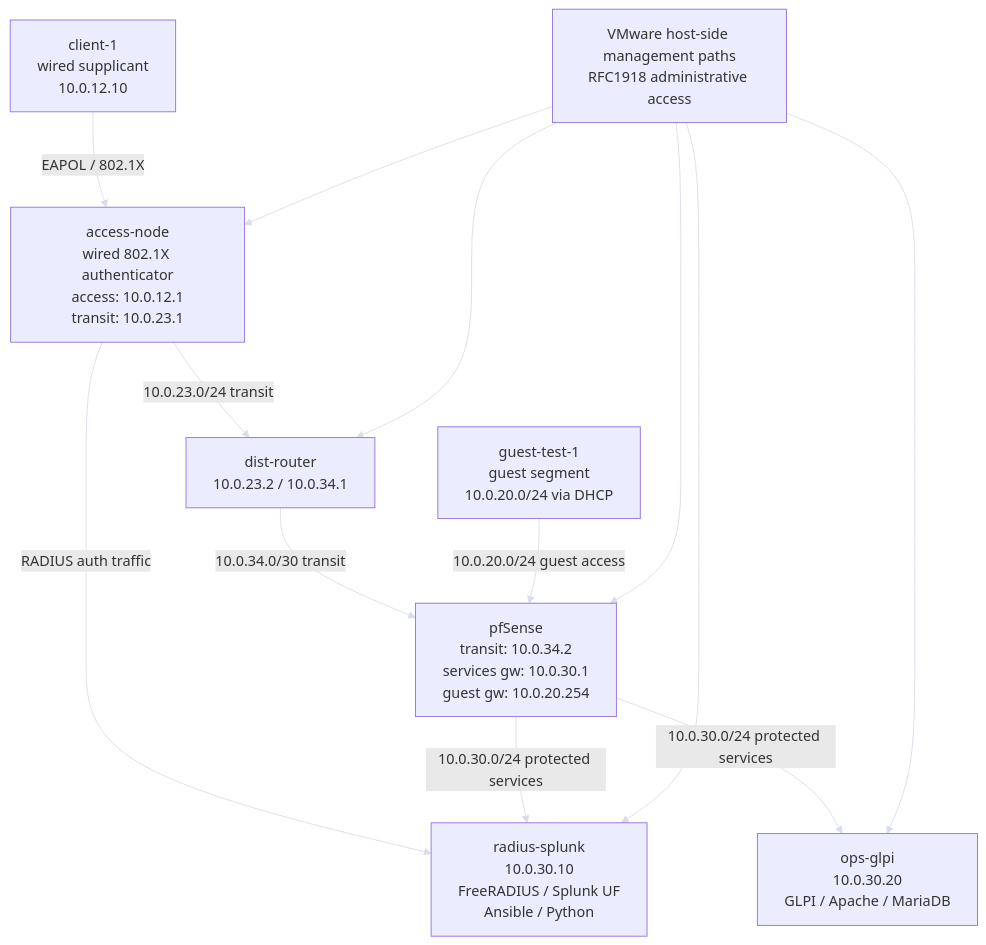
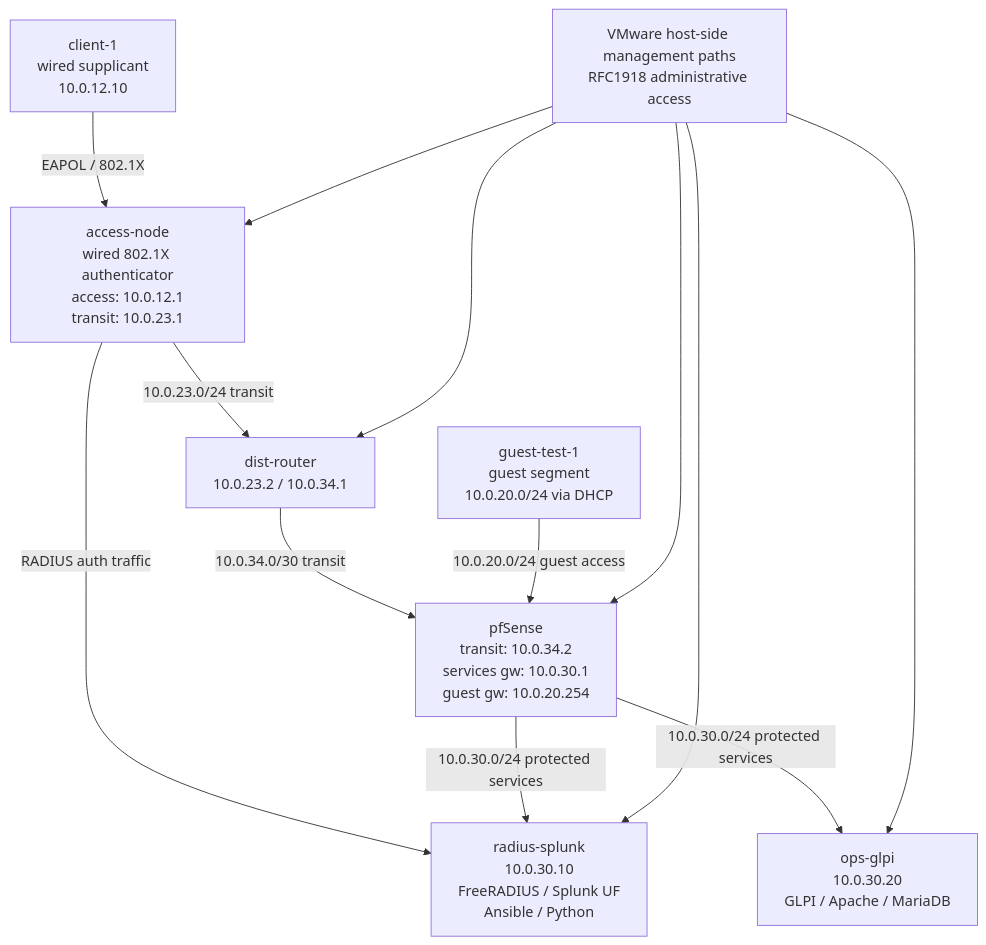
The diagram in diagrams/reference-topology-diagram.mmd (erschmittnetwork/virtualized-nac-incident-validation), drawn with Mermaid before and after one commit. The commit also changed 1 other file, not shown here.

Commit message:
Update Mermaid diagram rendering

```diff
--- a/diagrams/reference-topology-diagram.mmd
+++ b/diagrams/reference-topology-diagram.mmd
@@ -1,32 +1,32 @@
-%%{init: {'theme':'default', 'themeVariables':{'lineColor':'#d8dee9'}, 'flowchart':{'htmlLabels': true, 'nodeSpacing':70, 'rankSpacing':70}}}%%
+%%{init: {'theme':'default', 'flowchart':{'htmlLabels': true, 'nodeSpacing':70, 'rankSpacing':70}}}%%
 graph TD
 
   CLIENT["client-1<br/>wired supplicant<br/>10.0.12.10"]
 
   ACCESS["access-node<br/>wired 802.1X authenticator<br/>access: 10.0.12.1<br/>transit: 10.0.23.1"]
 
   DIST["dist-router<br/>10.0.23.2 / 10.0.34.1"]
 
   PFSENSE["pfSense<br/>transit: 10.0.34.2<br/>services gw: 10.0.30.1<br/>guest gw: 10.0.20.254"]
 
   RADIUS["radius-splunk<br/>10.0.30.10<br/>FreeRADIUS / Splunk UF<br/>Ansible / Python"]
 
   GLPI["ops-glpi<br/>10.0.30.20<br/>GLPI / Apache / MariaDB"]
 
   GUEST["guest-test-1<br/>guest segment<br/>10.0.20.0/24 via DHCP"]
 
   MGMT["VMware host-side management paths<br/>RFC1918 administrative access"]
 
   CLIENT -->|"EAPOL / 802.1X"| ACCESS
   ACCESS -->|"10.0.23.0/24 transit"| DIST
   DIST -->|"10.0.34.0/30 transit"| PFSENSE
   ACCESS -->|"RADIUS auth traffic"| RADIUS
   PFSENSE -->|"10.0.30.0/24 protected services"| RADIUS
   PFSENSE -->|"10.0.30.0/24 protected services"| GLPI
 
   GUEST -->|"10.0.20.0/24 guest access"| PFSENSE
   MGMT --> ACCESS
   MGMT --> DIST
   MGMT --> PFSENSE
   MGMT --> RADIUS
   MGMT --> GLPI
```
